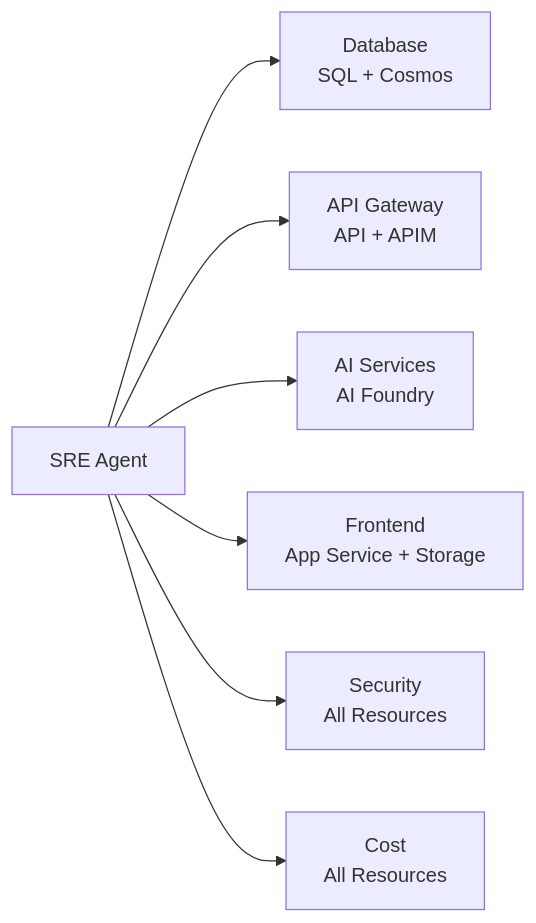
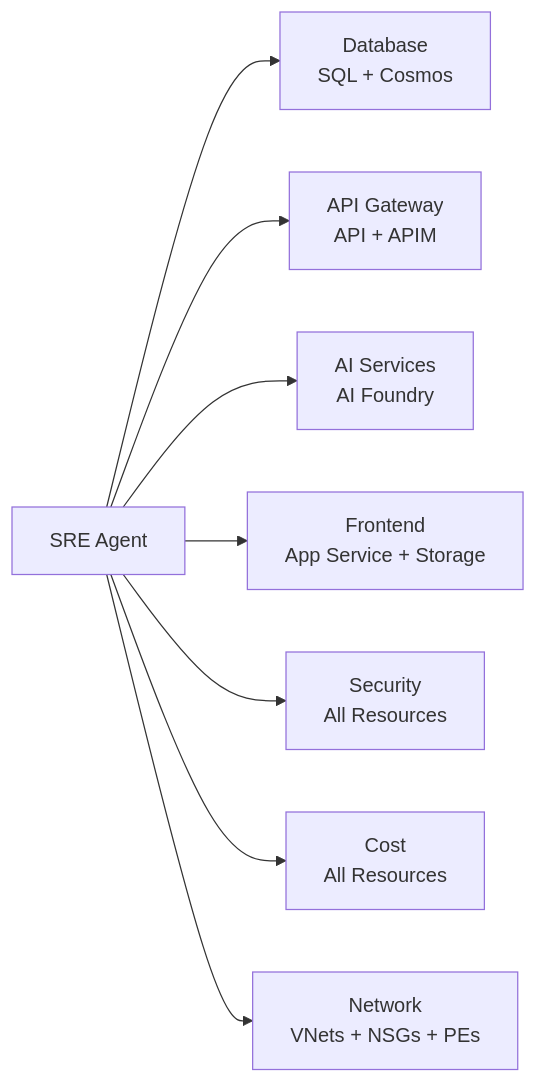
Before and after one commit to csdmichael/SalesPOC.SRE: the second of 3 diagrams in README.md, drawn with Mermaid. The commit also changed other lines of this file and 11 other files, not shown here.

````diff
--- a/README.md
+++ b/README.md
@@ -219,9 +237,10 @@
 ```mermaid
 graph LR
     SRE[SRE Agent] --> DB[Database<br/>SQL + Cosmos]
     SRE --> APIGW[API Gateway<br/>API + APIM]
     SRE --> AI[AI Services<br/>AI Foundry]
     SRE --> FE[Frontend<br/>App Service + Storage]
     SRE --> SEC[Security<br/>All Resources]
     SRE --> COST[Cost<br/>All Resources]
+    SRE --> NET[Network<br/>VNets + NSGs + PEs]
 ```
````
